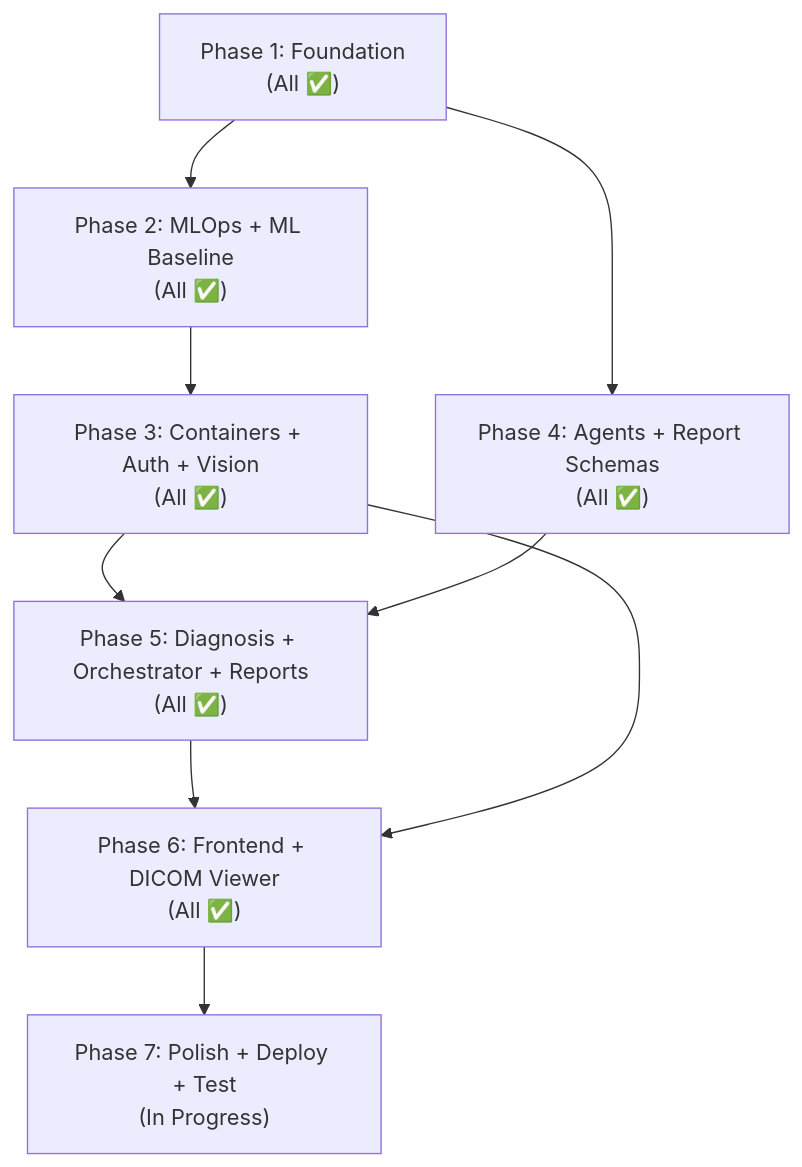
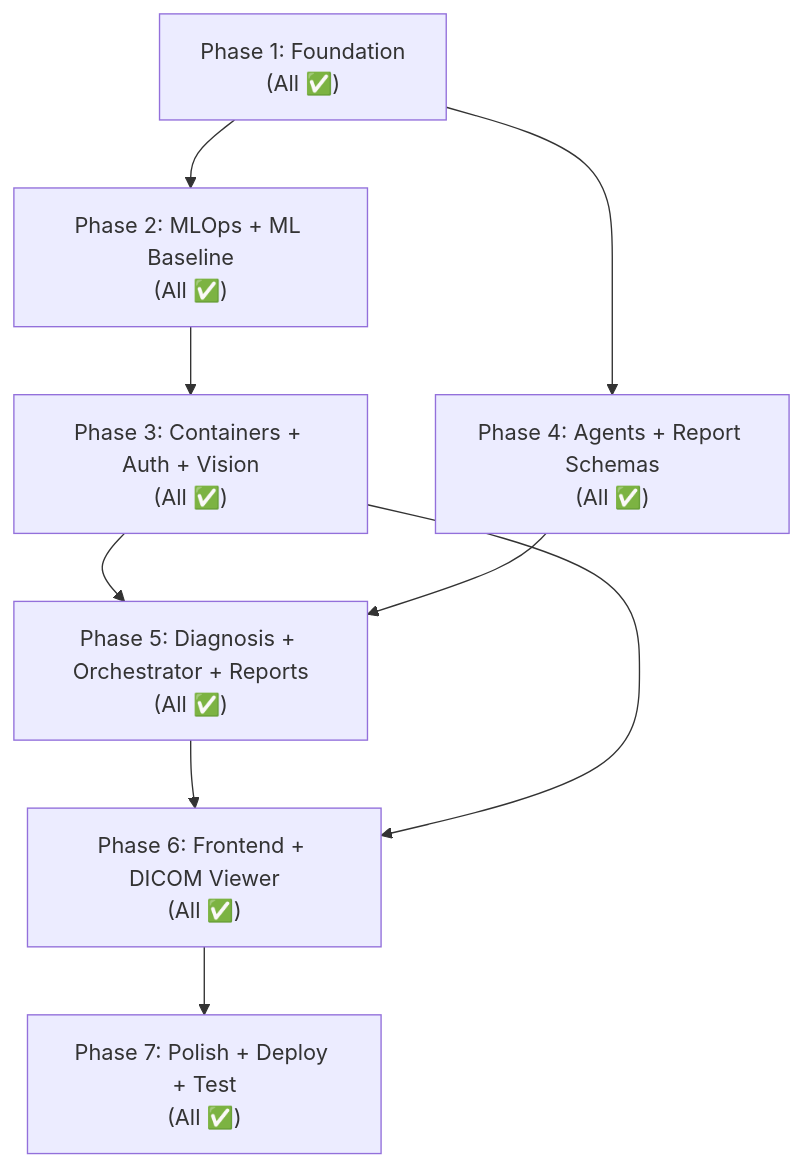
One commit to JacksonBopp/radiology-second-opinion-agent changed the diagram in project_process_breakdown.md. Above: the diagram before and after it, drawn with Mermaid. The commit also changed other lines of this file, not shown here.

````diff
--- a/project_process_breakdown.md
+++ b/project_process_breakdown.md
@@ -192,11 +189,11 @@
 ```mermaid
 graph TD
     A["Phase 1: Foundation<br/>(All ✅)"] --> B["Phase 2: MLOps + ML Baseline<br/>(All ✅)"]
     B --> C["Phase 3: Containers + Auth + Vision<br/>(All ✅)"]
     A --> D["Phase 4: Agents + Report Schemas<br/>(All ✅)"]
     C --> E["Phase 5: Diagnosis + Orchestrator + Reports<br/>(All ✅)"]
     D --> E
     E --> F["Phase 6: Frontend + DICOM Viewer<br/>(All ✅)"]
     C --> F
-    F --> G["Phase 7: Polish + Deploy + Test<br/>(In Progress)"]
+    F --> G["Phase 7: Polish + Deploy + Test<br/>(All ✅)"]
 ```
````
